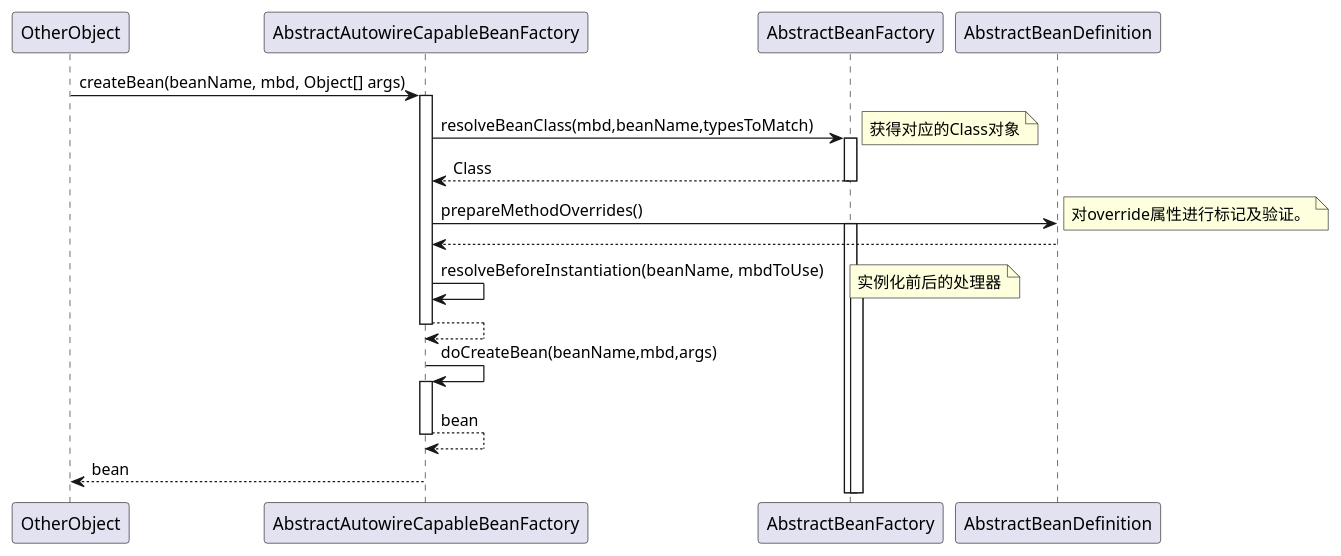
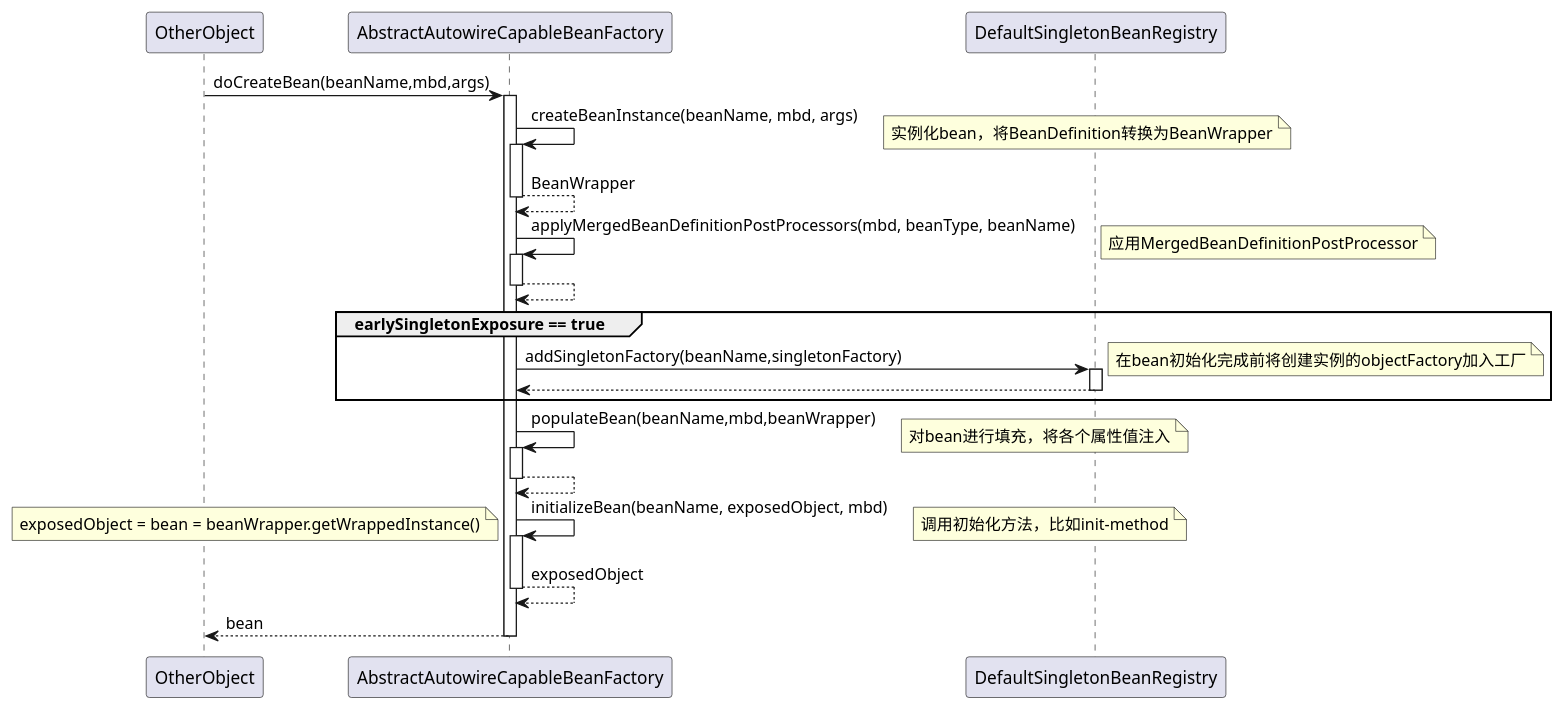
Before and after one commit to aFightz/spring-uml: the diagram in uml/doCreateBean.puml, drawn with PlantUML. The commit also changed 1 other file, not shown here.

```diff
--- a/uml/doCreateBean.puml
+++ b/uml/doCreateBean.puml
@@ -1,25 +1,33 @@
 @startuml
-OtherObject -> AbstractAutowireCapableBeanFactory:createBean(beanName, mbd, Object[] args)
+OtherObject -> AbstractAutowireCapableBeanFactory:doCreateBean(beanName,mbd,args)
 activate AbstractAutowireCapableBeanFactory
-    AbstractAutowireCapableBeanFactory -> AbstractBeanFactory:resolveBeanClass(mbd,beanName,typesToMatch)
-    note right:获得对应的Class对象
-    activate AbstractBeanFactory
-    return Class
-'    deactivate   AbstractBeanFactory
+    AbstractAutowireCapableBeanFactory -> AbstractAutowireCapableBeanFactory:createBeanInstance(beanName, mbd, args)
+    note right:实例化bean，将BeanDefinition转换为BeanWrapper
+    activate AbstractAutowireCapableBeanFactory
+    return BeanWrapper
+
+    AbstractAutowireCapableBeanFactory -> AbstractAutowireCapableBeanFactory:applyMergedBeanDefinitionPostProcessors(mbd, beanType, beanName)
+    note right:应用MergedBeanDefinitionPostProcessor
+    activate AbstractAutowireCapableBeanFactory
+    return
 
 
-    AbstractAutowireCapableBeanFactory -> AbstractBeanDefinition:prepareMethodOverrides()
-    note right:对override属性进行标记及验证。
-    activate AbstractBeanFactory
+    group earlySingletonExposure == true
+        AbstractAutowireCapableBeanFactory -> DefaultSingletonBeanRegistry:addSingletonFactory(beanName,singletonFactory)
+        note right:在bean初始化完成前将创建实例的objectFactory加入工厂
+        activate DefaultSingletonBeanRegistry
+        return
+    end
+
+    AbstractAutowireCapableBeanFactory -> AbstractAutowireCapableBeanFactory:populateBean(beanName,mbd,beanWrapper)
+    note right:对bean进行填充，将各个属性值注入
+    activate AbstractAutowireCapableBeanFactory
     return
 
-    AbstractAutowireCapableBeanFactory -> AbstractAutowireCapableBeanFactory:resolveBeforeInstantiation(beanName, mbdToUse)
-    note right:实例化前后的处理器
-    activate AbstractBeanFactory
-    return
-
-    AbstractAutowireCapableBeanFactory -> AbstractAutowireCapableBeanFactory:doCreateBean(beanName,mbd,args)
+    AbstractAutowireCapableBeanFactory -> AbstractAutowireCapableBeanFactory:initializeBean(beanName, exposedObject, mbd)
+    note right:调用初始化方法，比如init-method
+    note left:exposedObject = bean = beanWrapper.getWrappedInstance()
     activate AbstractAutowireCapableBeanFactory
-    return bean
+    return exposedObject
 return bean
 @enduml
```
